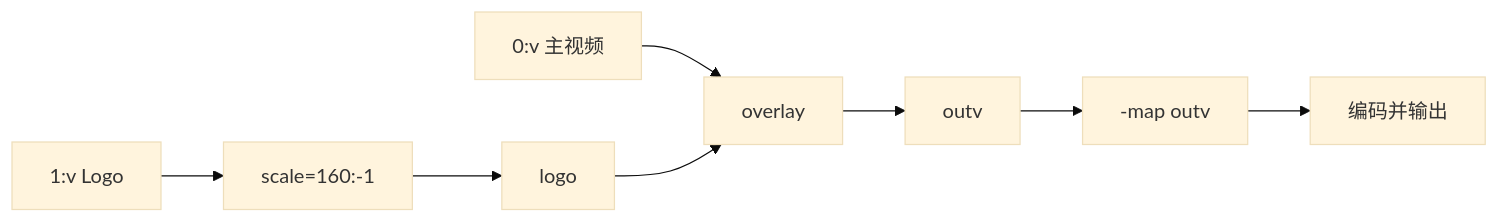
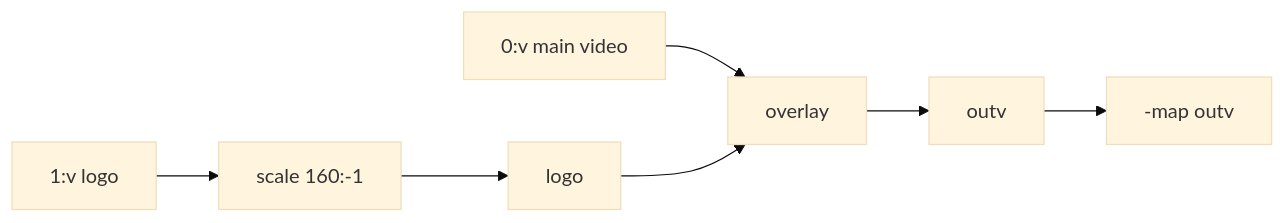
The second of 2 diagrams in src/content/tutorial/ffmpeg/FFmpeg Filters.md (flycodeu/FlyCodeCenter), drawn with Mermaid (base theme) before and after one commit. The commit also changed other lines of this file and 5 other files, not shown here.

````diff
--- a/src/content/tutorial/ffmpeg/FFmpeg Filters.md
+++ b/src/content/tutorial/ffmpeg/FFmpeg Filters.md
@@ -315,10 +212,9 @@
 ```mermaid
 flowchart LR
-  V[0:v 主视频] --> OV[overlay]
-  L[1:v Logo] --> S[scale=160:-1]
-  S --> LB[logo]
+  V[0:v main video] --> OV[overlay]
+  L[1:v logo] --> SC[scale 160:-1]
+  SC --> LB[logo]
   LB --> OV
   OV --> OUT[outv]
   OUT --> MAP[-map outv]
-  MAP --> E[编码并输出]
 ```
````
